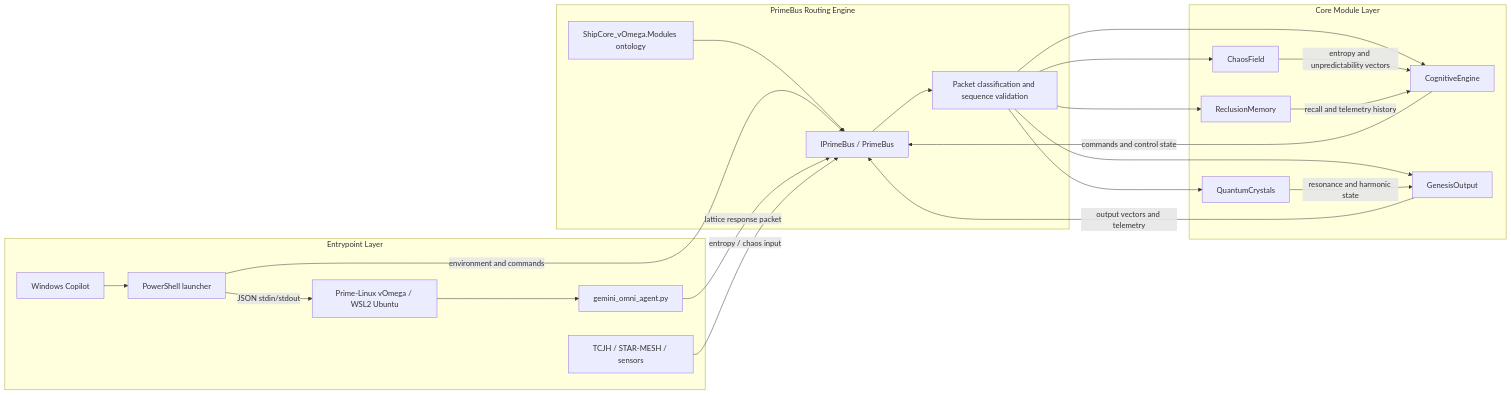
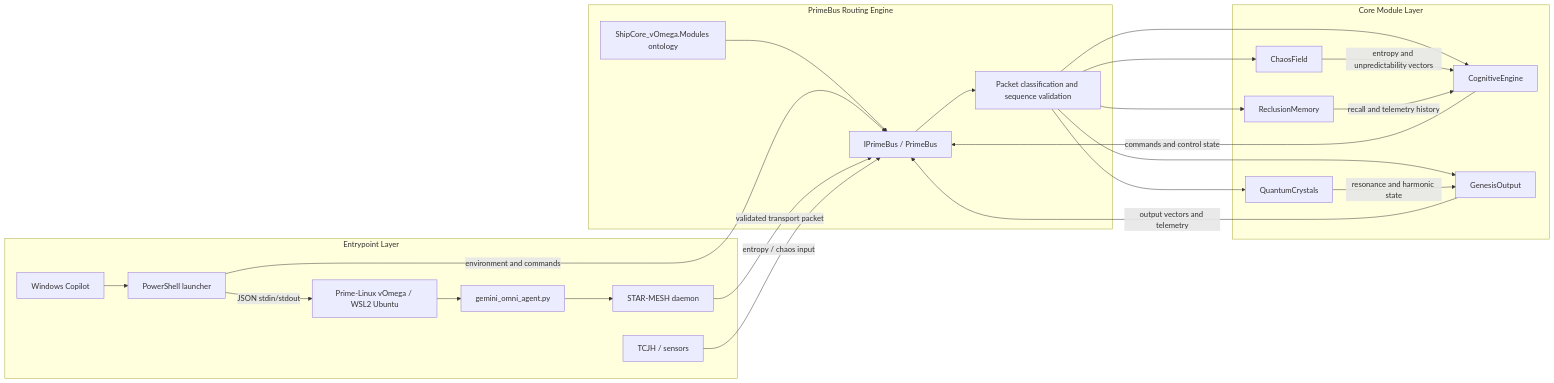
Before and after one commit to KatzKode89/KOS-Prime-Backend: the diagram in docs/stack-architecture-map.md, drawn with Mermaid. The commit also changed other lines of this file and 5 other files, not shown here.

Commit message:
feat: add STAR-MESH transport daemon pack

````diff
--- a/docs/stack-architecture-map.md
+++ b/docs/stack-architecture-map.md
@@ -9,41 +9,42 @@
 ```mermaid
 flowchart LR
     subgraph Entry[Entrypoint Layer]
         Win[Windows Copilot]
         PS[PowerShell launcher]
         Py[gemini_omni_agent.py]
         WSL[Prime-Linux vOmega / WSL2 Ubuntu]
-        Events[TCJH / STAR-MESH / sensors]
+        SM[STAR-MESH daemon]
+        Events[TCJH / sensors]
         Win --> PS
-        PS -->|JSON stdin/stdout| WSL --> Py
+        PS -->|JSON stdin/stdout| WSL --> Py --> SM
     end
 
     subgraph Bus[PrimeBus Routing Engine]
         Ont[ShipCore_vOmega.Modules ontology]
         Route[IPrimeBus / PrimeBus]
         Classify[Packet classification and sequence validation]
         Ont --> Route --> Classify
     end
 
     subgraph Core[Core Module Layer]
         QC[QuantumCrystals]
         Chaos[ChaosField]
         Cognitive[CognitiveEngine]
         Memory[ReclusionMemory]
         Genesis[GenesisOutput]
     end
 
     PS -->|environment and commands| Route
-    Py -->|lattice response packet| Route
+    SM -->|validated transport packet| Route
     Events -->|entropy / chaos input| Route
     Classify --> QC
     Classify --> Chaos
     Classify --> Cognitive
     Classify --> Memory
     Classify --> Genesis
     QC -->|resonance and harmonic state| Genesis
     Chaos -->|entropy and unpredictability vectors| Cognitive
     Cognitive -->|commands and control state| Route
     Memory -->|recall and telemetry history| Cognitive
     Genesis -->|output vectors and telemetry| Route
 ```
````
